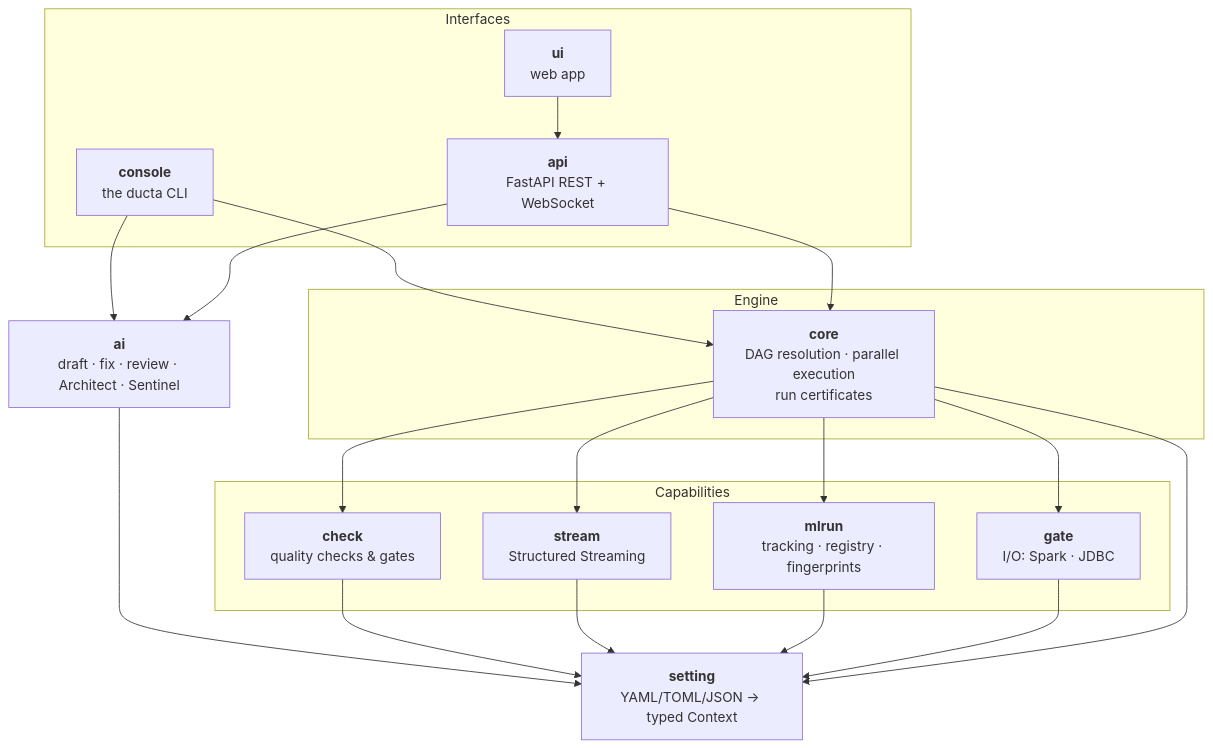
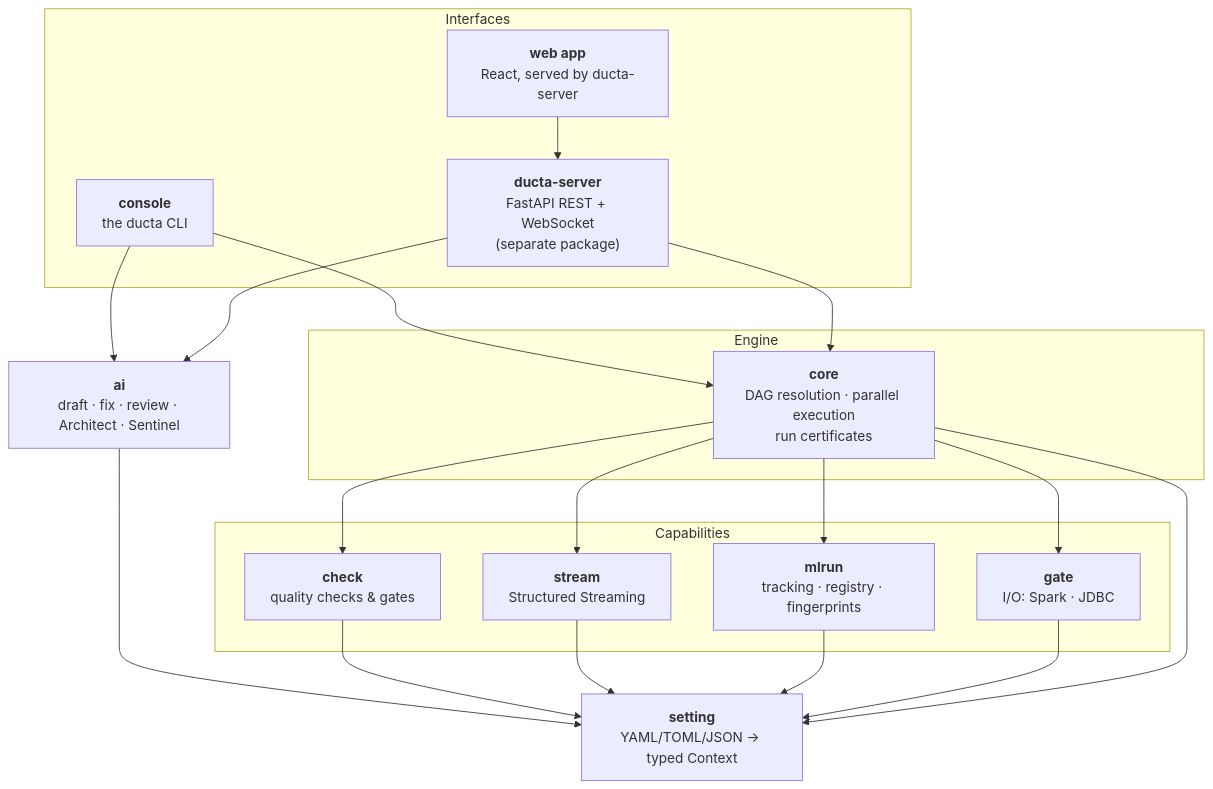
One commit to faustinolopezramos/ducta changed the second of 2 diagrams in README.md. Above: the diagram before and after it, drawn with Mermaid. The commit also changed other lines of this file and 1182 other files, not shown here.

Commit message:
UPDATE: separacion del core y ducta server

````diff
--- a/README.md
+++ b/README.md
@@ -557,32 +562,32 @@
 ```mermaid
 flowchart TD
     subgraph Interfaces
         CLI["<b>console</b><br/>the ducta CLI"]
-        API["<b>api</b><br/>FastAPI REST + WebSocket"]
-        UI["<b>ui</b><br/>web app"]
+        API["<b>ducta-server</b><br/>FastAPI REST + WebSocket<br/>(separate package)"]
+        UI["<b>web app</b><br/>React, served by ducta-server"]
     end
 
     subgraph Engine
         CORE["<b>core</b><br/>DAG resolution · parallel execution<br/>run certificates"]
     end
 
     subgraph Capabilities
         CHECK["<b>check</b><br/>quality checks & gates"]
         STREAM["<b>stream</b><br/>Structured Streaming"]
         MLRUN["<b>mlrun</b><br/>tracking · registry · fingerprints"]
         GATE["<b>gate</b><br/>I/O: Spark · JDBC"]
     end
 
     AI["<b>ai</b><br/>draft · fix · review · Architect · Sentinel"]
 
     SET["<b>setting</b><br/>YAML/TOML/JSON → typed Context"]
 
     UI --> API
     CLI --> CORE
     API --> CORE
     CLI & API --> AI
     AI --> SET
     CORE --> CHECK & STREAM & MLRUN & GATE
     CHECK & STREAM & MLRUN & GATE --> SET
     CORE --> SET
 ```
````
